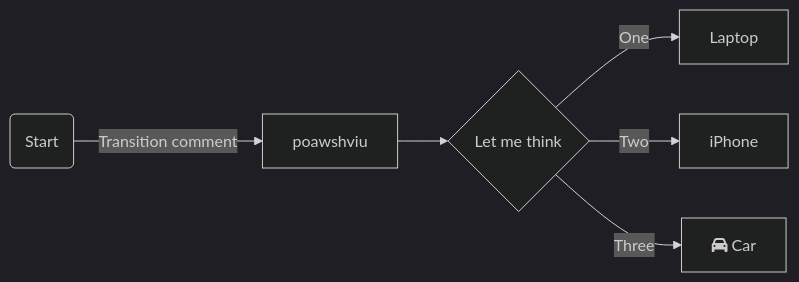
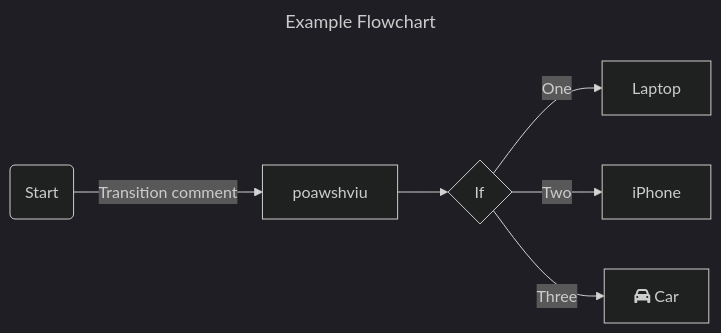
Before and after one commit to Monocled004/Languages: the diagram in languages/markup-markdown/Graphs.md, drawn with Mermaid (dark theme). The commit also changed other lines of this file, not shown here.

````diff
--- a/languages/markup-markdown/Graphs.md
+++ b/languages/markup-markdown/Graphs.md
@@ -4,8 +7,11 @@
 ```mermaid
+---
+title: Example Flowchart
+---
 flowchart LR;
     A(Start) -->|Transition comment| B[poawshviu];
-    B --> C{Let me think};
+    B --> C{If };
     C -->|One| D[Laptop];
     C -->|Two| E[iPhone];
     C -->|Three| F[fa:fa-car Car];
 ```
````
